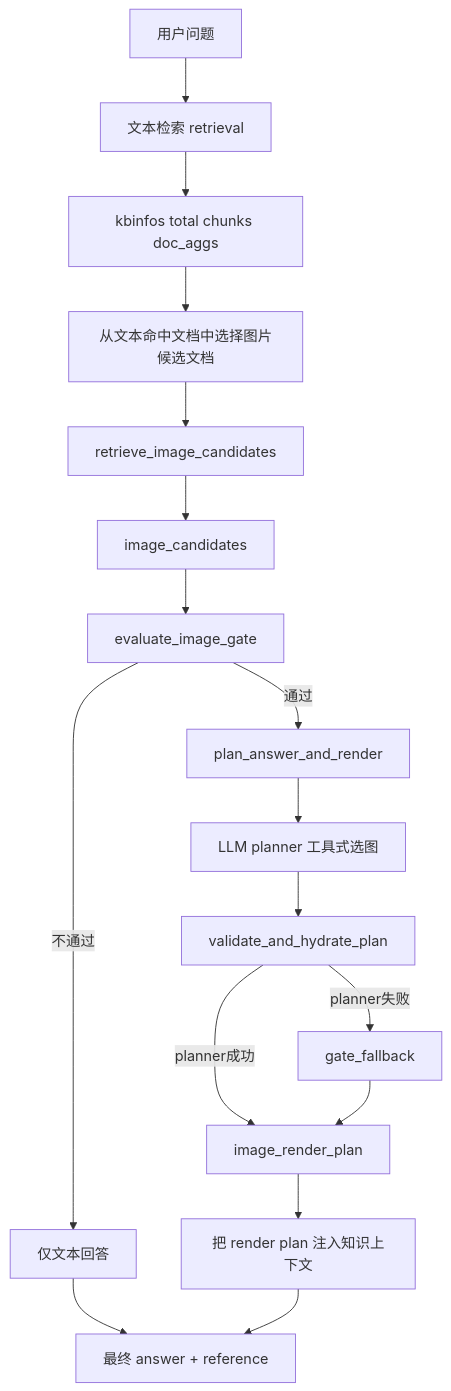
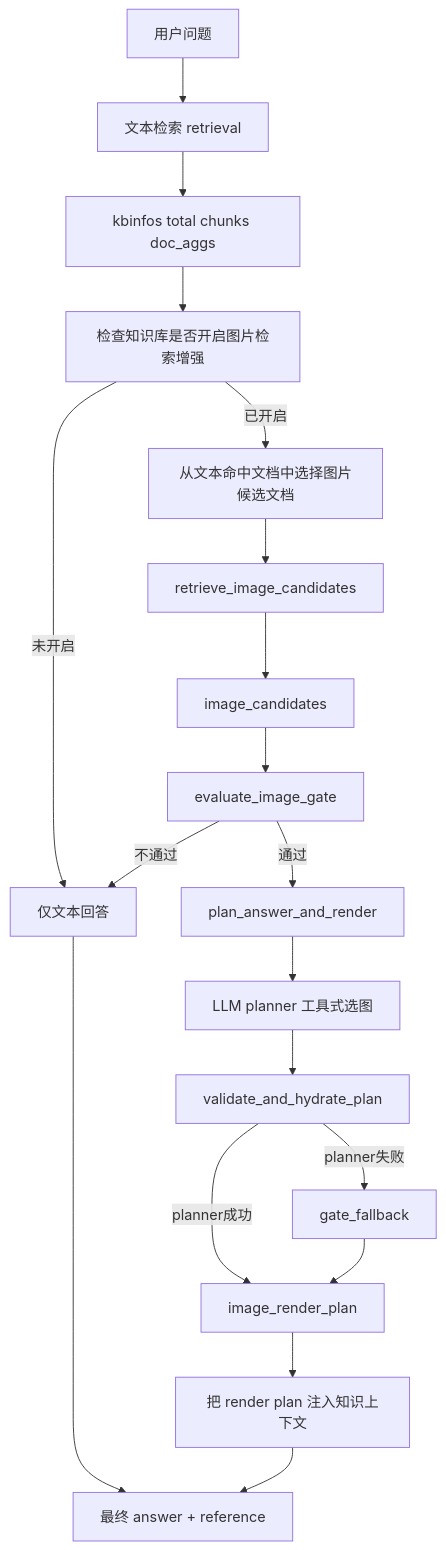
One commit to Thyguad/Ragflow-Multimodal-Public changed the third of 3 diagrams in README_zh.md. Above: the diagram before and after it, drawn with Mermaid. The commit also changed other lines of this file and 1 other file, not shown here.

Commit message:
Clarify optional multimodal image retrieval

````diff
--- a/README_zh.md
+++ b/README_zh.md
@@ -307,19 +313,21 @@
 ```mermaid
 flowchart TD
     A["用户问题"] --> B["文本检索 retrieval"]
     B --> C["kbinfos total chunks doc_aggs"]
-    C --> D["从文本命中文档中选择图片候选文档"]
-    D --> E["retrieve_image_candidates"]
+    C --> D["检查知识库是否开启图片检索增强"]
+    D -->|未开启| H["仅文本回答"]
+    D -->|已开启| P["从文本命中文档中选择图片候选文档"]
+    P --> E["retrieve_image_candidates"]
     E --> F["image_candidates"]
     F --> G["evaluate_image_gate"]
     G -->|不通过| H["仅文本回答"]
     G -->|通过| I["plan_answer_and_render"]
     I --> J["LLM planner 工具式选图"]
     J --> K["validate_and_hydrate_plan"]
     K -->|planner失败| L["gate_fallback"]
     K -->|planner成功| M["image_render_plan"]
     L --> M
     M --> N["把 render plan 注入知识上下文"]
     H --> O["最终 answer + reference"]
     N --> O
 ```
````
